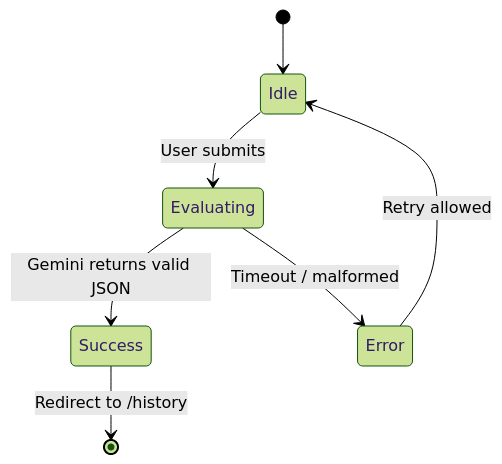
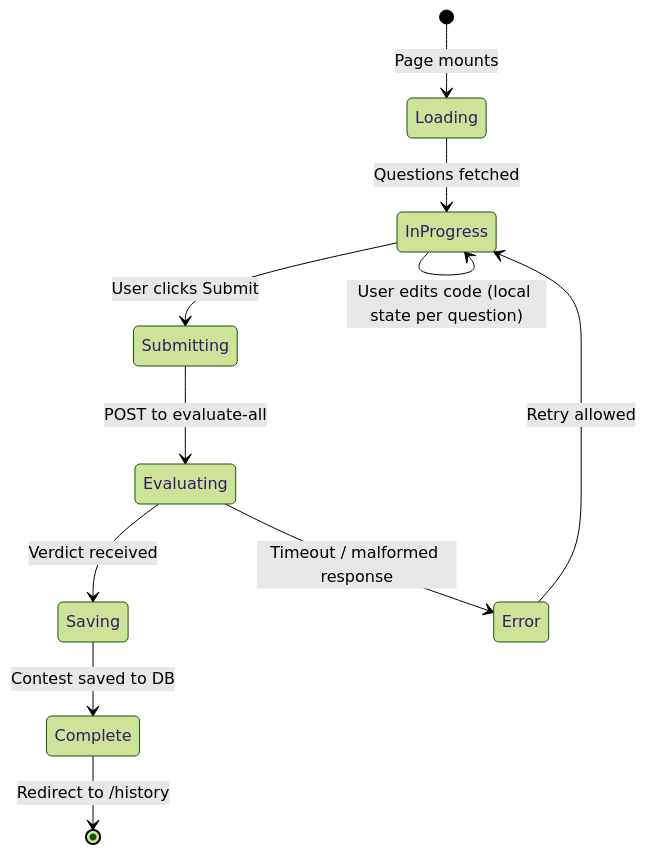
One commit to DevSars24/codeify changed diagram 16 of 22 in README.md. Above: the diagram before and after it, drawn with Mermaid (forest theme). The commit also changed other lines of this file, not shown here.

````diff
--- a/README.md
+++ b/README.md
@@ -334,9 +434,13 @@
 ```mermaid
 stateDiagram-v2
-    [*] --> Idle
-    Idle --> Evaluating: User submits
-    Evaluating --> Success: Gemini returns valid JSON
-    Evaluating --> Error: Timeout / malformed
-    Success --> [*]: Redirect to /history
-    Error --> Idle: Retry allowed
+    [*] --> Loading: Page mounts
+    Loading --> InProgress: Questions fetched
+    InProgress --> InProgress: User edits code (local state per question)
+    InProgress --> Submitting: User clicks Submit
+    Submitting --> Evaluating: POST to evaluate-all
+    Evaluating --> Saving: Verdict received
+    Saving --> Complete: Contest saved to DB
+    Complete --> [*]: Redirect to /history
+    Evaluating --> Error: Timeout / malformed response
+    Error --> InProgress: Retry allowed
 ```
````
